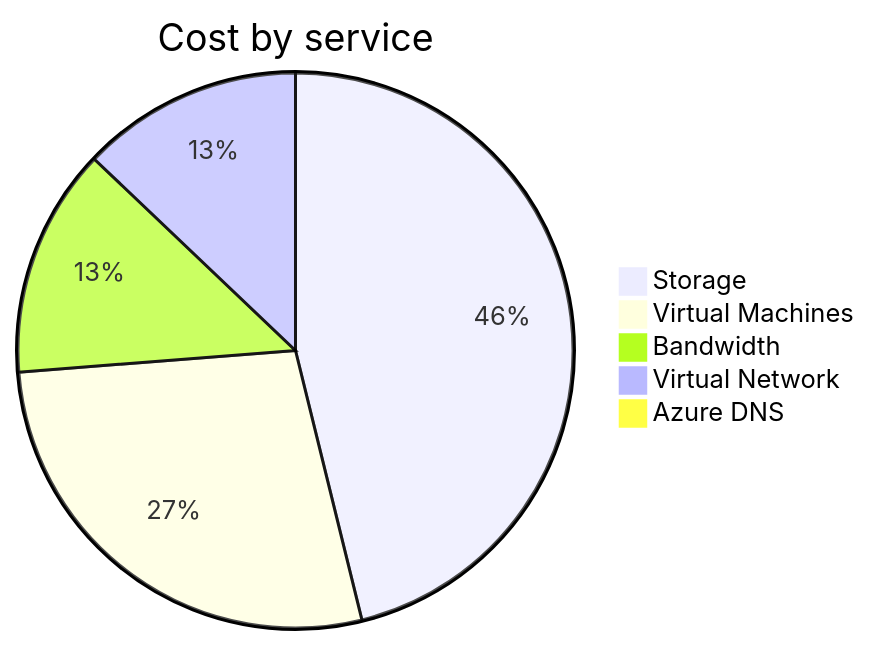
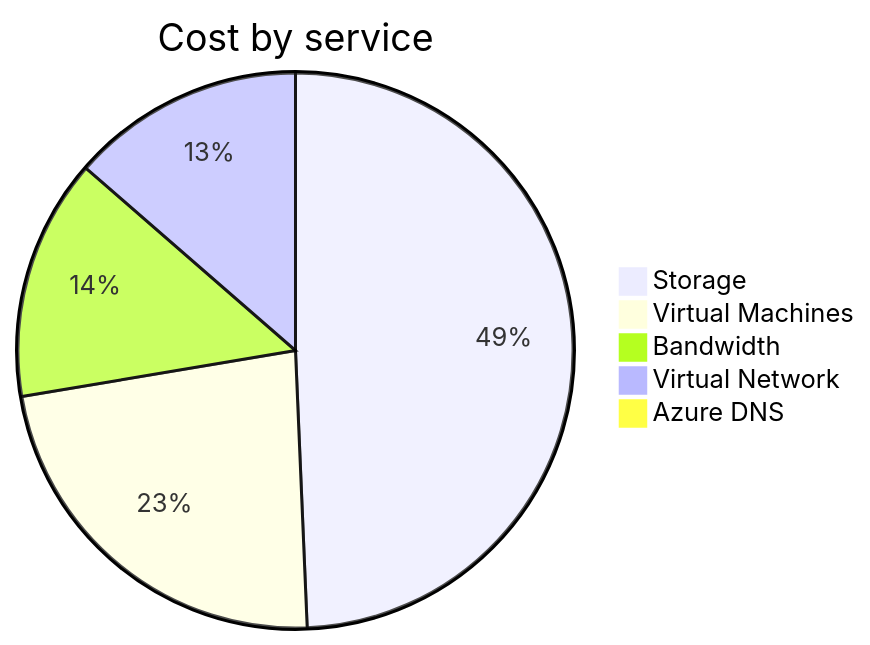
The second of 4 diagrams in cost-reports/personal-network/README.md (jpfulton/azure-personal-reports), drawn with Mermaid before and after one commit. The commit also changed other lines of this file and 8 other files, not shown here.

````diff
--- a/cost-reports/personal-network/README.md
+++ b/cost-reports/personal-network/README.md
@@ -97,9 +97,9 @@
 ```mermaid
 pie
    title Cost by service
-   "Storage" : 2.04
-   "Virtual Machines" : 1.22
-   "Bandwidth" : 0.59
-   "Virtual Network" : 0.57
-   "Azure DNS" : 0.04
+   "Storage" : 3.30
+   "Virtual Machines" : 1.54
+   "Bandwidth" : 0.94
+   "Virtual Network" : 0.91
+   "Azure DNS" : 0.06
 ```
````
